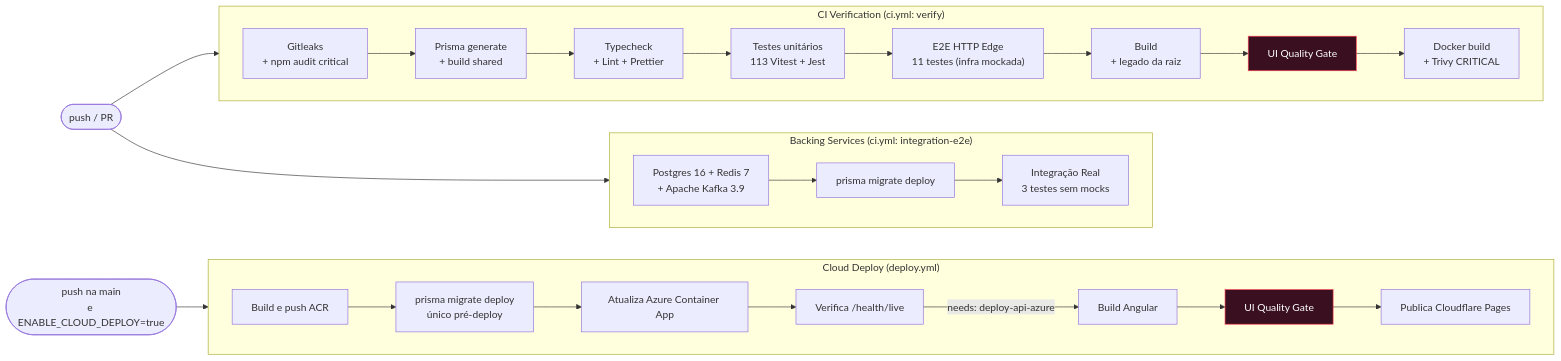
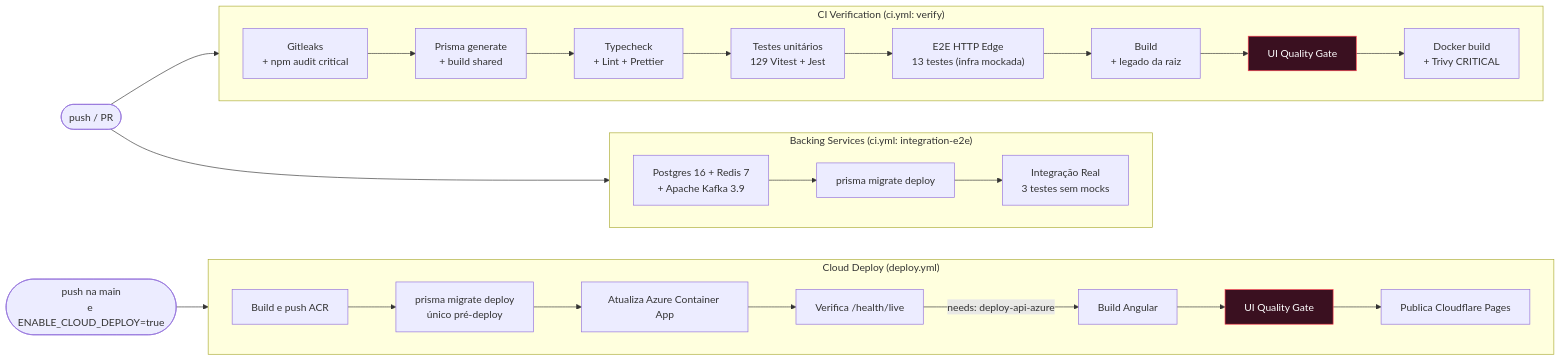
One commit to Digooow/pokedex-frontend changed the eighth of 12 diagrams in README.md. Above: the diagram before and after it, drawn with Mermaid. The commit also changed other lines of this file and 51 other files, not shown here.

````diff
--- a/README.md
+++ b/README.md
@@ -472,31 +473,31 @@
 ```mermaid
 flowchart LR
   push(["push / PR"]) --> v
   push --> integ
 
   subgraph v["CI Verification (ci.yml: verify)"]
     direction LR
     s0["Gitleaks<br/>+ npm audit critical"] --> s1["Prisma generate<br/>+ build shared"] --> s2["Typecheck<br/>+ Lint + Prettier"]
-    s2 --> s4["Testes unitários<br/>113 Vitest + Jest"]
-    s4 --> s5["E2E HTTP Edge<br/>11 testes (infra mockada)"]
+    s2 --> s4["Testes unitários<br/>129 Vitest + Jest"]
+    s4 --> s5["E2E HTTP Edge<br/>13 testes (infra mockada)"]
     s5 --> s6["Build<br/>+ legado da raiz"]
     s6 --> s7["UI Quality Gate"]
     s7 --> s8["Docker build<br/>+ Trivy CRITICAL"]
   end
 
   subgraph integ["Backing Services (ci.yml: integration-e2e)"]
     direction LR
     i1["Postgres 16 + Redis 7<br/>+ Apache Kafka 3.9"] --> i2["prisma migrate deploy"] --> i3["Integração Real<br/>3 testes sem mocks"]
   end
 
   push2(["push na main<br/>e ENABLE_CLOUD_DEPLOY=true"]) --> d
 
   subgraph d["Cloud Deploy (deploy.yml)"]
     direction LR
     a1["Build e push ACR"] --> a1b["prisma migrate deploy<br/>único pré-deploy"] --> a2["Atualiza Azure Container App"] --> a3["Verifica /health/live"]
     a3 -->|"needs: deploy-api-azure"| b1["Build Angular"] --> b2["UI Quality Gate"] --> b3["Publica Cloudflare Pages"]
   end
 
   classDef gate fill:#3a1020,stroke:#ff3b4e,color:#fff
   class s7,b2 gate
 ```
````
